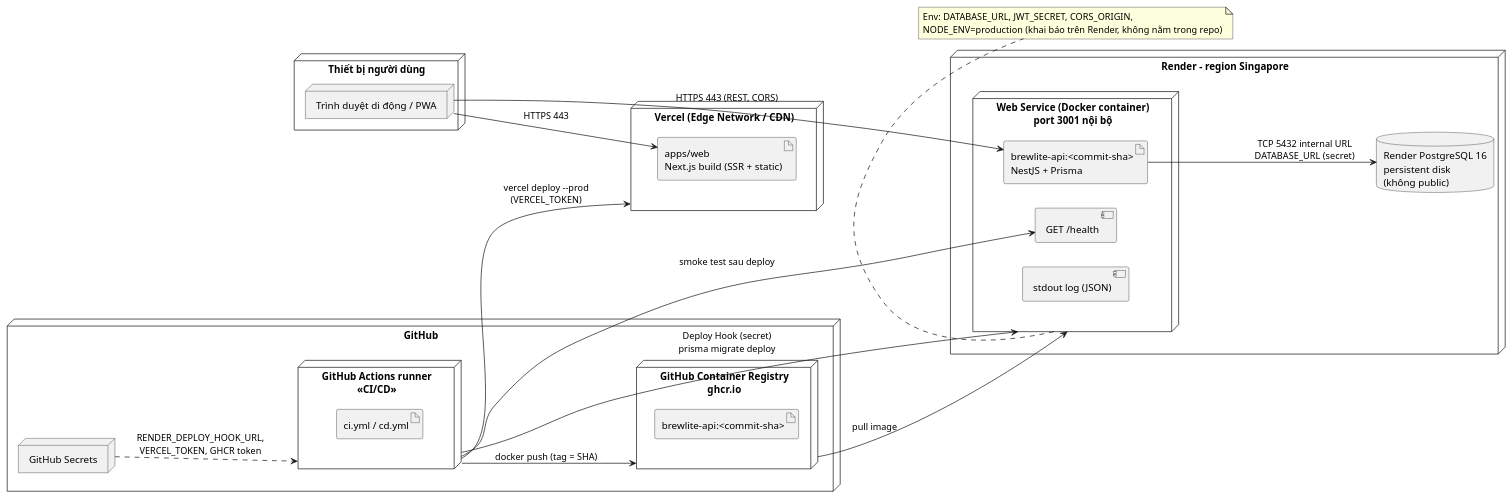
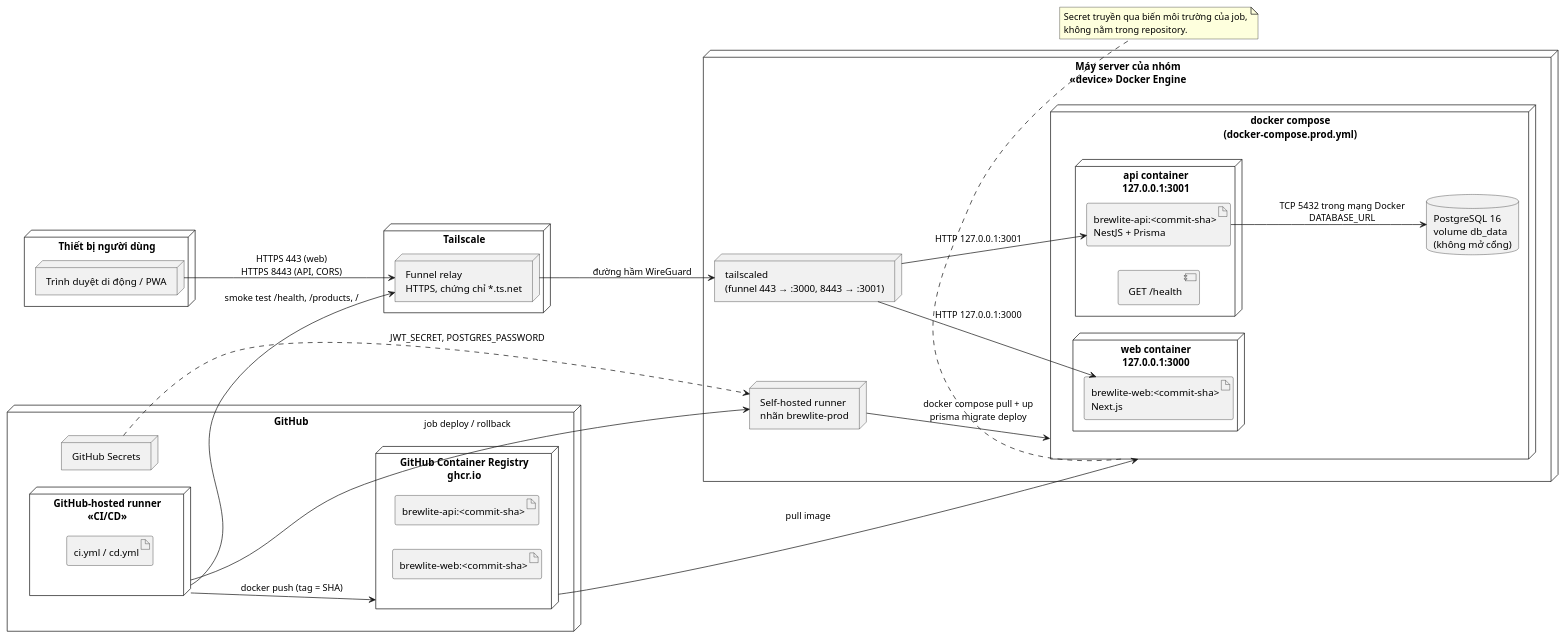
One commit to dinh-hung-116/BrewLite-Assignment2 changed the diagram in docs/architecture/deployment.puml. Above: the diagram before and after it, drawn with PlantUML. The commit also changed 13 other files, not shown here.

First line of the commit message:
feat(deploy): production trên máy nhóm qua Tailscale Funnel (ADR-006)

```diff
--- a/docs/architecture/deployment.puml
+++ b/docs/architecture/deployment.puml
@@ -1,47 +1,56 @@
 @startuml deployment
-' UML Deployment diagram – production (Task 3.2)
+' UML Deployment diagram – production (Task 3.2), theo ADR-006
 skinparam shadowing false
 left to right direction
 
 node "Thiết bị người dùng" as Dev {
   node "Trình duyệt di động / PWA" as Browser
 }
 
+node "Tailscale" as TS {
+  node "Funnel relay\nHTTPS, chứng chỉ *.ts.net" as Funnel
+}
+
 node "GitHub" as GH {
-  node "GitHub Actions runner\n<<CI/CD>>" as Runner {
+  node "GitHub-hosted runner\n<<CI/CD>>" as Runner {
     artifact "ci.yml / cd.yml" as WF
   }
   node "GitHub Container Registry\nghcr.io" as GHCR {
-    artifact "brewlite-api:<commit-sha>" as Img
+    artifact "brewlite-api:<commit-sha>" as ImgApi
+    artifact "brewlite-web:<commit-sha>" as ImgWeb
   }
   node "GitHub Secrets" as Sec
 }
 
-node "Vercel (Edge Network / CDN)" as Vercel {
-  artifact "apps/web\nNext.js build (SSR + static)" as WebArt
+node "Máy server của nhóm\n<<device>> Docker Engine" as Server {
+  node "tailscaled\n(funnel 443 → :3000, 8443 → :3001)" as TSD
+  node "Self-hosted runner\nnhãn brewlite-prod" as SHR
+  node "docker compose\n(docker-compose.prod.yml)" as Compose {
+    node "web container\n127.0.0.1:3000" as WebNode {
+      artifact "brewlite-web:<commit-sha>\nNext.js" as WebArt
+    }
+    node "api container\n127.0.0.1:3001" as ApiNode {
+      artifact "brewlite-api:<commit-sha>\nNestJS + Prisma" as ApiArt
+      component "GET /health" as Health
+    }
+    database "PostgreSQL 16\nvolume db_data\n(không mở cổng)" as PG
+  }
 }
 
-node "Render – region Singapore" as Render {
-  node "Web Service (Docker container)\nport 3001 nội bộ" as ApiNode {
-    artifact "brewlite-api:<commit-sha>\nNestJS + Prisma" as ApiArt
-    component "GET /health" as Health
-    component "stdout log (JSON)" as Log
-  }
-  database "Render PostgreSQL 16\npersistent disk\n(không public)" as PG
-}
+Browser --> Funnel : HTTPS 443 (web)\nHTTPS 8443 (API, CORS)
+Funnel --> TSD : đường hầm WireGuard
+TSD --> WebArt : HTTP 127.0.0.1:3000
+TSD --> ApiArt : HTTP 127.0.0.1:3001
+ApiArt --> PG : TCP 5432 trong mạng Docker\nDATABASE_URL
+Runner --> GHCR : docker push (tag = SHA)
+Runner --> SHR : job deploy / rollback
+SHR --> Compose : docker compose pull + up\nprisma migrate deploy
+GHCR --> Compose : pull image
+Runner --> Funnel : smoke test /health, /products, /
+Sec ..> SHR : JWT_SECRET, POSTGRES_PASSWORD
 
-Browser --> WebArt : HTTPS 443
-Browser --> ApiArt : HTTPS 443 (REST, CORS)
-ApiArt --> PG : TCP 5432 internal URL\nDATABASE_URL (secret)
-Runner --> GHCR : docker push (tag = SHA)
-Runner --> ApiNode : Deploy Hook (secret)\nprisma migrate deploy
-Runner --> Vercel : vercel deploy --prod\n(VERCEL_TOKEN)
-Runner --> Health : smoke test sau deploy
-GHCR --> ApiNode : pull image
-Sec ..> Runner : RENDER_DEPLOY_HOOK_URL,\nVERCEL_TOKEN, GHCR token
-
-note bottom of ApiNode
-  Env: DATABASE_URL, JWT_SECRET, CORS_ORIGIN,
-  NODE_ENV=production (khai báo trên Render, không nằm trong repo)
+note bottom of Compose
+  Secret truyền qua biến môi trường của job,
+  không nằm trong repository.
 end note
 @enduml
```
